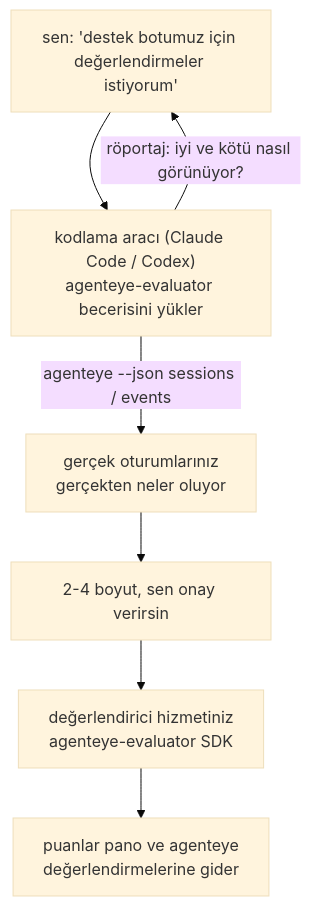
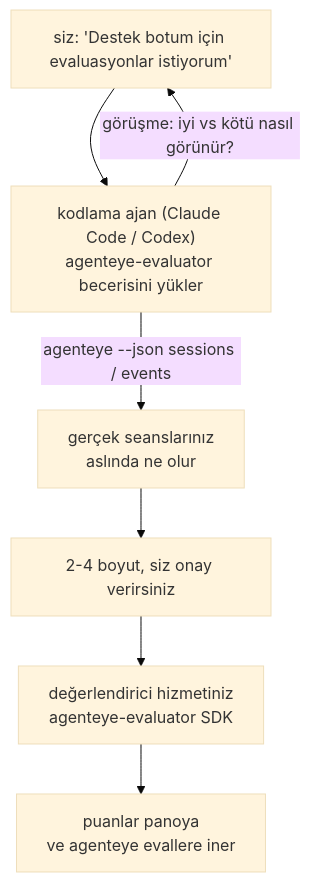
The diagram in docs/tr/agenteye/evaluator-skill.mdx (FailproofAI/failproofai), drawn with Mermaid (base theme) before and after one commit. The commit also changed other lines of this file and 649 other files, not shown here.

````diff
--- a/docs/tr/agenteye/evaluator-skill.mdx
+++ b/docs/tr/agenteye/evaluator-skill.mdx
@@ -20,9 +20,9 @@
 ```mermaid
 flowchart TD
-    YOU["sen: 'destek botumuz için değerlendirmeler istiyorum'"] --> AGENT["kodlama aracı (Claude Code / Codex)<br/>agenteye-evaluator becerisini yükler"]
-    AGENT -->|"röportaj: iyi ve kötü nasıl görünüyor?"| YOU
-    AGENT -->|"agenteye --json sessions / events"| DATA["gerçek oturumlarınız<br/>gerçekten neler oluyor"]
-    DATA --> DIMS["2-4 boyut, sen onay verirsin"]
+    YOU["siz: 'Destek botum için evaluasyonlar istiyorum'"] --> AGENT["kodlama ajan (Claude Code / Codex)<br/>agenteye-evaluator becerisini yükler"]
+    AGENT -->|"görüşme: iyi vs kötü nasıl görünür?"| YOU
+    AGENT -->|"agenteye --json sessions / events"| DATA["gerçek seanslarınız<br/>aslında ne olur"]
+    DATA --> DIMS["2-4 boyut, siz onay verirsiniz"]
     DIMS --> SVC["değerlendirici hizmetiniz<br/>agenteye-evaluator SDK"]
-    SVC --> SCORES["puanlar pano ve agenteye<br/>değerlendirmelerine gider"]
+    SVC --> SCORES["puanlar panoya<br/>ve agenteye evallere iner"]
 ```
````
